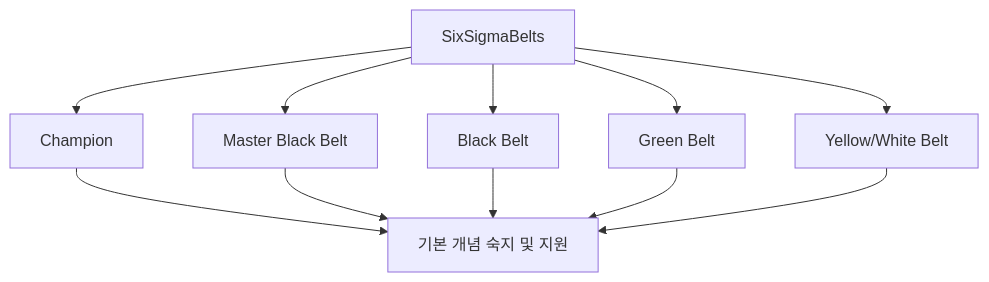
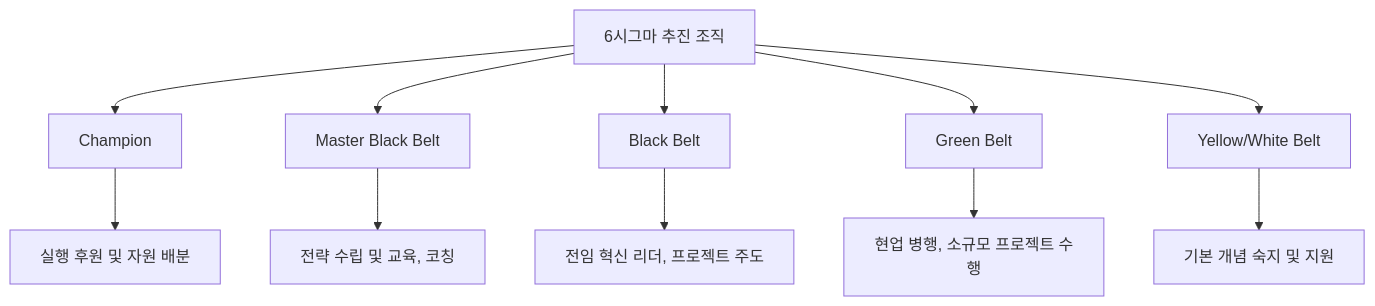
One commit to jeonck/fw-thinking changed the second of 2 diagrams in docs/09-quality-management/six-sigma.md. Above: the diagram before and after it, drawn with Mermaid. The commit also changed 4 other files, not shown here.

````diff
--- a/docs/09-quality-management/six-sigma.md
+++ b/docs/09-quality-management/six-sigma.md
@@ -53,13 +53,13 @@
 ```mermaid
 flowchart TD
-  SixSigmaBelts --> Champion[Champion]
-  Champion --> Node6[실행 후원 및 자원 배분]
-  SixSigmaBelts --> MasterBlackBelt[Master Black Belt]
-  MasterBlackBelt --> Node6[전략 수립 및 교육, 코칭]
-  SixSigmaBelts --> BlackBelt[Black Belt]
-  BlackBelt --> Node6[전임 혁신 리더, 프로젝트 주도]
-  SixSigmaBelts --> GreenBelt[Green Belt]
-  GreenBelt --> Node6[현업 병행, 소규모 프로젝트 수행]
-  SixSigmaBelts --> YellowWhiteBelt[Yellow/White Belt]
-  YellowWhiteBelt --> Node6[기본 개념 숙지 및 지원]
+  SixSigmaBelts["6시그마 추진 조직"] --> Champion["Champion"]
+  Champion --> Role1["실행 후원 및 자원 배분"]
+  SixSigmaBelts --> MasterBlackBelt["Master Black Belt"]
+  MasterBlackBelt --> Role2["전략 수립 및 교육, 코칭"]
+  SixSigmaBelts --> BlackBelt["Black Belt"]
+  BlackBelt --> Role3["전임 혁신 리더, 프로젝트 주도"]
+  SixSigmaBelts --> GreenBelt["Green Belt"]
+  GreenBelt --> Role4["현업 병행, 소규모 프로젝트 수행"]
+  SixSigmaBelts --> YellowWhiteBelt["Yellow/White Belt"]
+  YellowWhiteBelt --> Role5["기본 개념 숙지 및 지원"]
 ```
````
